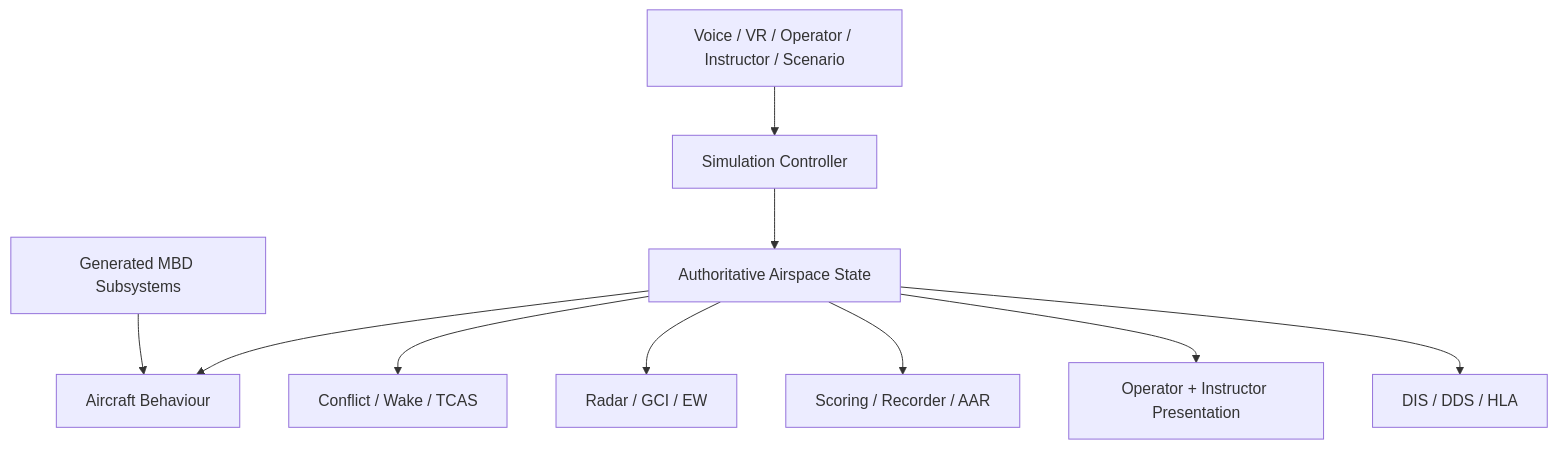
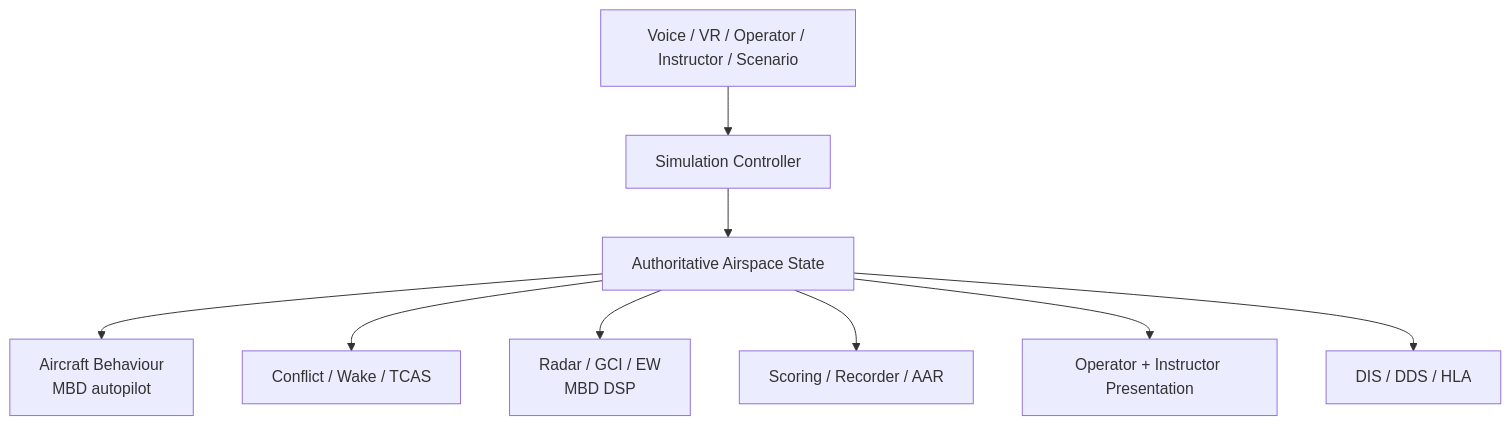
The diagram in README.md (abdullahabduljabbarab/CLEARANCE), drawn with Mermaid before and after one commit.

Commit message:
Fix mermaid architecture diagram layout on README
Fold MBD into the Aircraft Behaviour and Radar boxes that actually
consume the generated code, so the diagram is a single clean fan
out from the airspace state instead of leaving a stranded MBD node
in its own column.

````diff
--- a/README.md
+++ b/README.md
@@ -58,12 +58,14 @@
 ```mermaid
-flowchart TD
-  INPUT["Voice / VR / Operator / Instructor / Scenario"] --> CTRL["Simulation Controller"]
-  CTRL --> STATE["Authoritative Airspace State"]
-  MBD["Generated MBD Subsystems"] --> BEHAV["Aircraft Behaviour"]
-  STATE --> BEHAV
+flowchart TB
+  INPUT["Voice / VR / Operator / Instructor / Scenario"]
+  CTRL["Simulation Controller"]
+  STATE["Authoritative Airspace State"]
+  INPUT --> CTRL --> STATE
+
+  STATE --> BEHAV["Aircraft Behaviour<br/>MBD autopilot"]
   STATE --> SAFE["Conflict / Wake / TCAS"]
-  STATE --> RADAR["Radar / GCI / EW"]
+  STATE --> RADAR["Radar / GCI / EW<br/>MBD DSP"]
   STATE --> SCORE["Scoring / Recorder / AAR"]
   STATE --> UI["Operator + Instructor Presentation"]
   STATE --> FED["DIS / DDS / HLA"]
 ```
````
